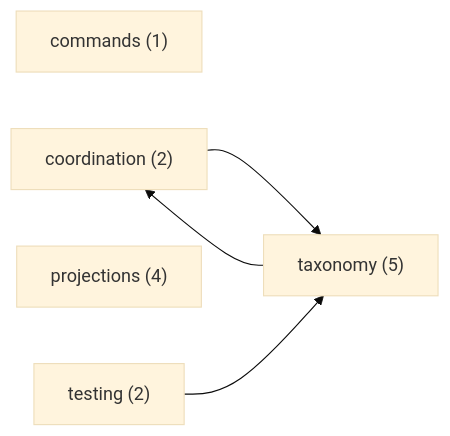
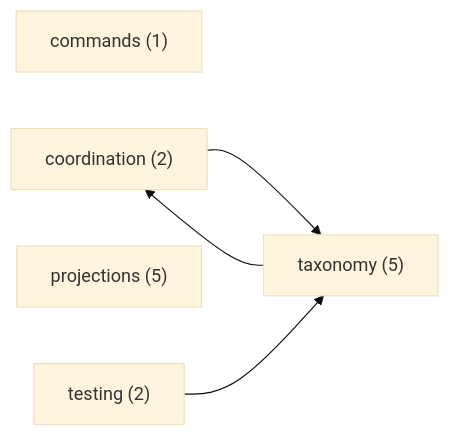
One commit to libar-dev/architect changed the first of 6 diagrams in docs-live/architecture/by-theme.md. Above: the diagram before and after it, drawn with Mermaid (base theme). The commit also changed other lines of this file and 21 other files, not shown here.

First line of the commit message:
docs(live): regenerate docs-live from the reshaped graph

````diff
--- a/docs-live/architecture/by-theme.md
+++ b/docs-live/architecture/by-theme.md
@@ -18,11 +18,11 @@
 ```mermaid
 graph LR
   commands["commands (1)"]
   coordination["coordination (2)"]
-  projections["projections (4)"]
+  projections["projections (5)"]
   taxonomy["taxonomy (5)"]
   testing["testing (2)"]
   coordination --> taxonomy
   taxonomy --> coordination
   testing --> taxonomy
 ```
````
